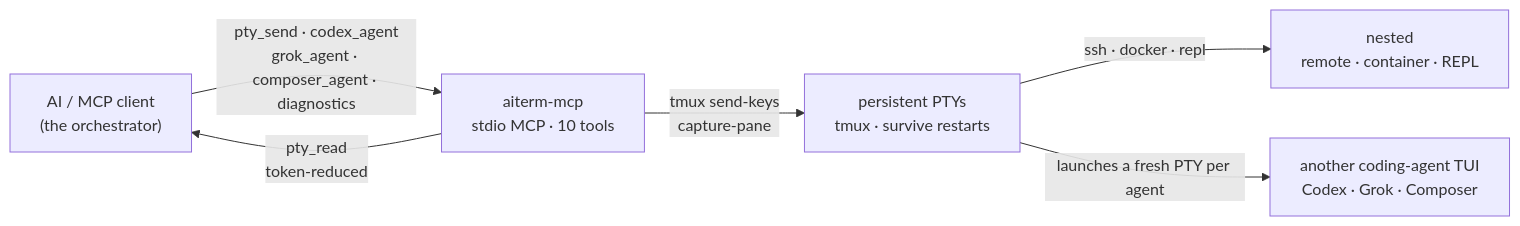
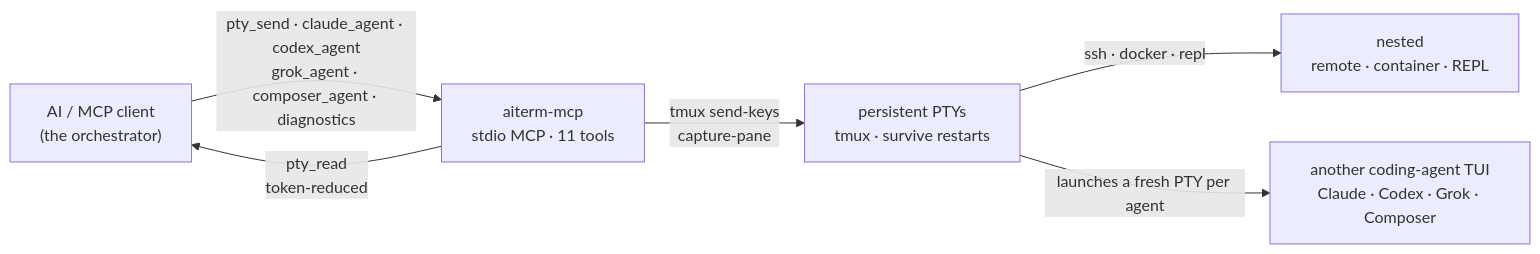
One commit to kitepon-rgb/aiterm-mcp changed the diagram in README.ja.md. Above: the diagram before and after it, drawn with Mermaid. The commit also changed other lines of this file and 19 other files, not shown here.

````diff
--- a/README.ja.md
+++ b/README.ja.md
@@ -173,8 +174,8 @@
 ```mermaid
 flowchart LR
-    AI["AI / MCP client<br/>(the orchestrator)"] -->|"pty_send · codex_agent<br/>grok_agent · composer_agent · diagnostics"| S["aiterm-mcp<br/>stdio MCP · 10 tools"]
+    AI["AI / MCP client<br/>(the orchestrator)"] -->|"pty_send · claude_agent · codex_agent<br/>grok_agent · composer_agent · diagnostics"| S["aiterm-mcp<br/>stdio MCP · 11 tools"]
     S -->|"pty_read<br/>token-reduced"| AI
     S -->|"tmux send-keys<br/>capture-pane"| P["persistent PTYs<br/>tmux · survive restarts"]
     P -->|"ssh · docker · repl"| R["nested<br/>remote · container · REPL"]
-    P -->|"launches a fresh PTY per agent"| A["another coding-agent TUI<br/>Codex · Grok · Composer"]
+    P -->|"launches a fresh PTY per agent"| A["another coding-agent TUI<br/>Claude · Codex · Grok · Composer"]
 ```
````
